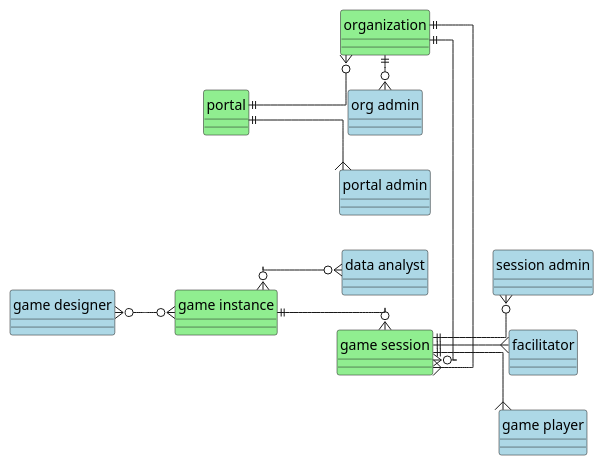
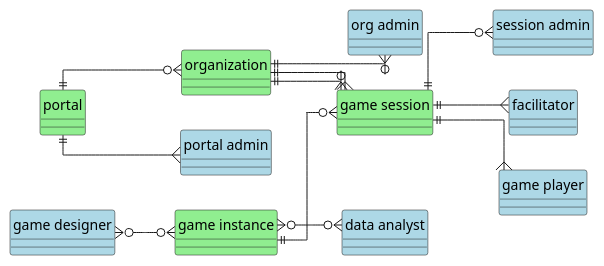
Before and after one commit to averbraeck/gscg-design: the diagram in doc/1-scope/diagrams/stakeholders.puml, drawn with PlantUML. The commit also changed 1 other file, not shown here.

Commit message:
Mermaid instead of plantuml + plantuml update

```diff
--- a/doc/1-scope/diagrams/stakeholders.puml
+++ b/doc/1-scope/diagrams/stakeholders.puml
@@ -1,35 +1,35 @@
 @startuml
 
 ' config
 hide circle
 skinparam linetype ortho
 left to right direction
 
 ' objects
 entity "portal" as portal #back:lightgreen
 entity "organization" as organization #back:lightgreen
 entity "game instance" as game #back:lightgreen
 entity "game session" as session #back:lightgreen
 
 entity "portal admin" as padmin #back:lightblue
 entity "org admin" as oadmin #back:lightblue 
 entity "session admin" as sadmin #back:lightblue
 entity "game designer" as designer #back:lightblue
 entity "facilitator" as facilitator #back:lightblue
 entity "data analyst" as analyst #back:lightblue
 entity "game player" as player #back:lightblue
 
 ' relations
 game ||--o{ session
 portal ||--{ padmin
 portal ||--o{ organization
-organization ||-o{ oadmin
-organization ||-o{ session
+organization ||--o{ oadmin
+organization ||--o{ session
 session ||--{ player
 session ||--{ facilitator
 session ||--o{ sadmin
 organization ||--{ session
 designer }o--o{ game
 game }o--o{ analyst
 
 @enduml
```
